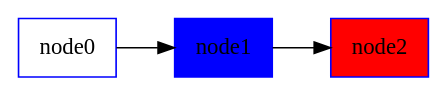
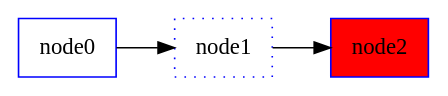
One commit to sisyphus1212/note changed the ninth of 12 diagrams in other/graphviz.md. Above: the diagram before and after it, drawn with Graphviz.

Commit message:
auto_update

````diff
--- a/other/graphviz.md
+++ b/other/graphviz.md
@@ -112,8 +112,8 @@
 ```graphviz
 digraph G {
   rankdir=LR  node [shape=box, color=blue]
-  node1 [style=filled]
+  node1 [style=dotted]
   node2 [style=filled, fillcolor=red]
   node0 -> node1 -> node2
 }
 ```
````
